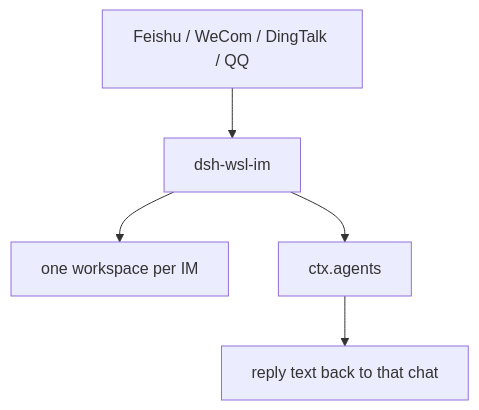
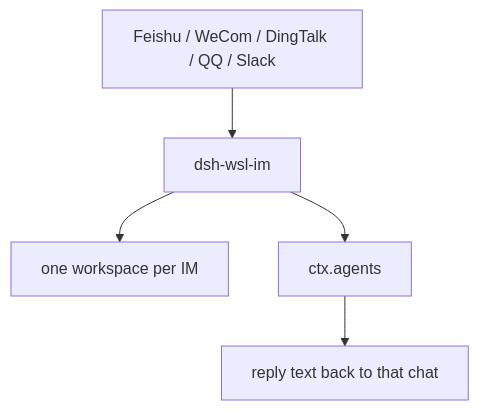
One commit to 173787247/dsh-wsl-im changed the diagram in README.md. Above: the diagram before and after it, drawn with Mermaid. The commit also changed other lines of this file and 14 other files, not shown here.

````diff
--- a/README.md
+++ b/README.md
@@ -25,7 +25,7 @@
 ```mermaid
 flowchart TB
-  chats["Feishu / WeCom / DingTalk / QQ"] --> im["dsh-wsl-im"]
+  chats["Feishu / WeCom / DingTalk / QQ / Slack"] --> im["dsh-wsl-im"]
   im --> ws["one workspace per IM"]
   im --> agents["ctx.agents"]
   agents --> reply["reply text back to that chat"]
 ```
````
